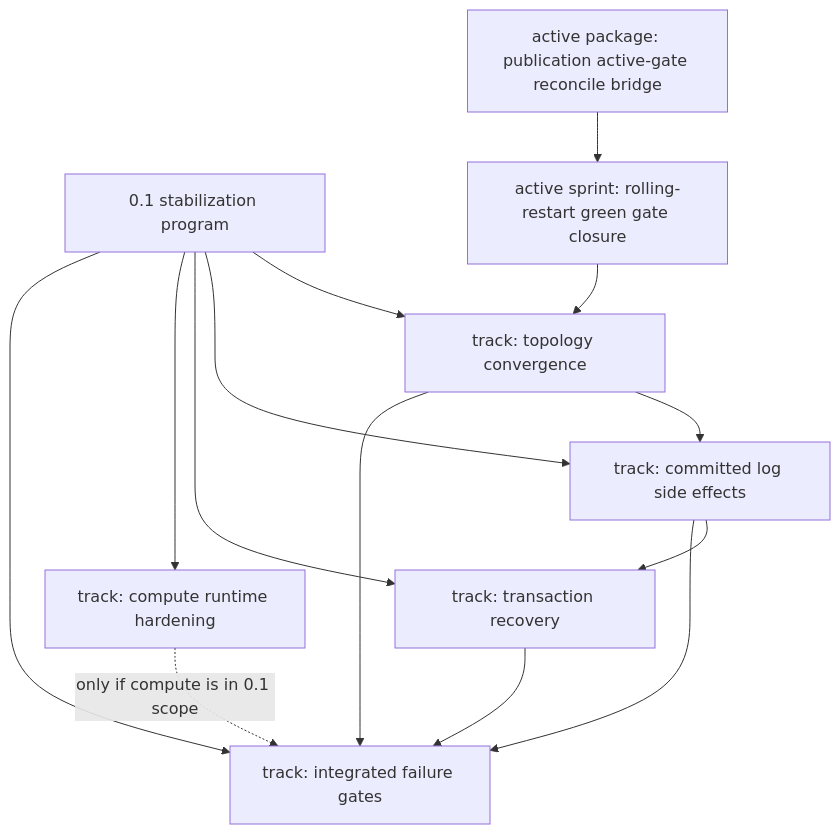
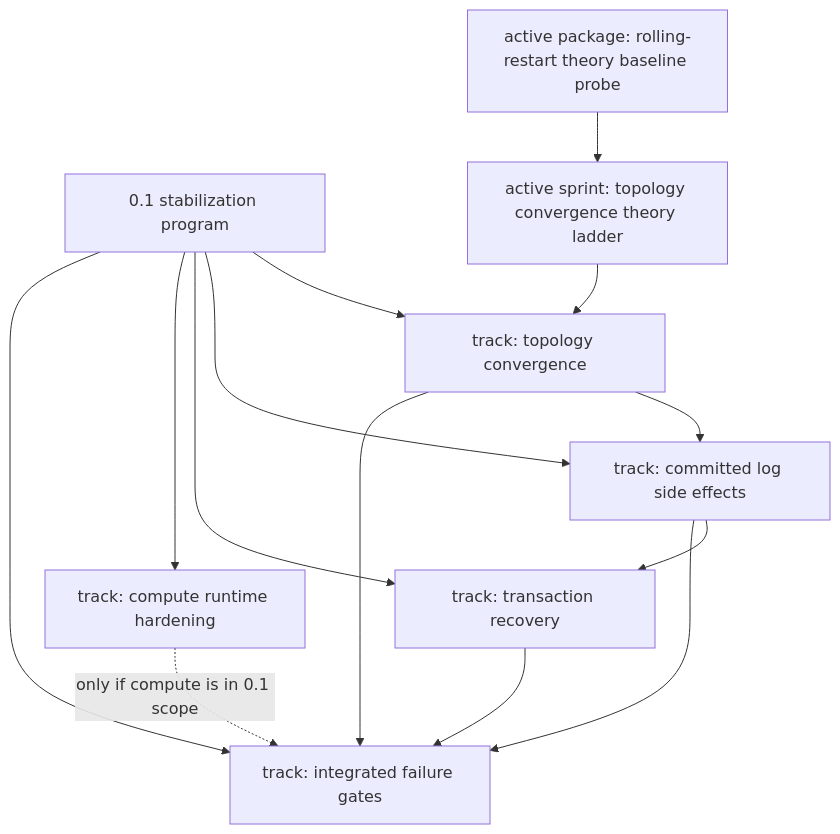
Before and after one commit to psvensson/lagrange: the diagram in work/releases/0.1-dependency-map.md, drawn with Mermaid. The commit also changed other lines of this file and 12 other files, not shown here.

Commit message:
Triage decision: active-20260521-rolling-restart-topology-publication-owner-publication-conve

````diff
--- a/work/releases/0.1-dependency-map.md
+++ b/work/releases/0.1-dependency-map.md
@@ -37,27 +40,27 @@
 ```mermaid
 flowchart TD
   release["0.1 stabilization program"]
   topo["track: topology convergence"]
   sidefx["track: committed log side effects"]
   tx["track: transaction recovery"]
   compute["track: compute runtime hardening"]
   gates["track: integrated failure gates"]
-  sprint["active sprint: rolling-restart green gate closure"]
-  package["active package: publication active-gate reconcile bridge"]
+  sprint["active sprint: topology convergence theory ladder"]
+  package["active package: rolling-restart theory baseline probe"]
 
   release --> topo
   release --> sidefx
   release --> tx
   release --> compute
   release --> gates
 
   sprint --> topo
   package --> sprint
 
   topo --> sidefx
   sidefx --> tx
   topo --> gates
   sidefx --> gates
   tx --> gates
   compute -. "only if compute is in 0.1 scope" .-> gates
 ```
````
